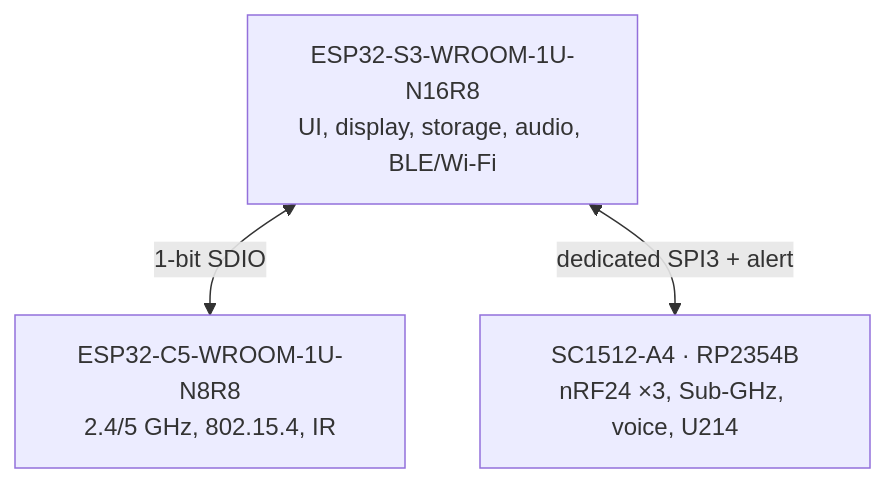
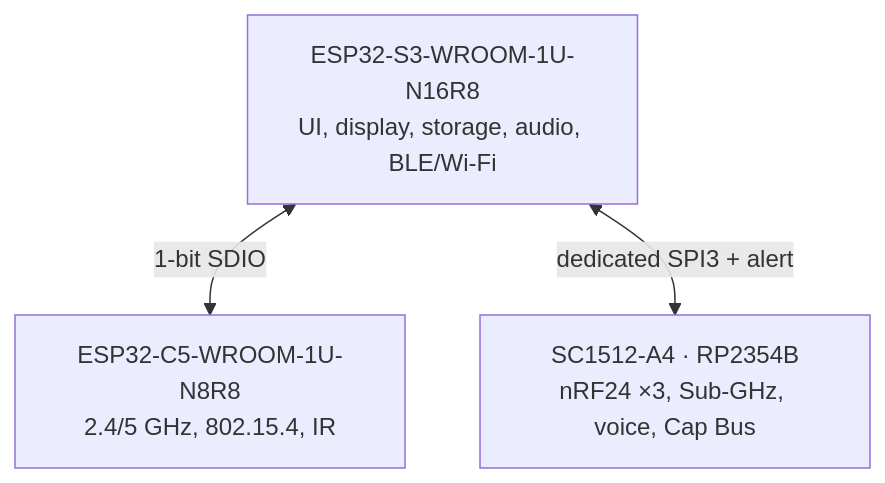
The diagram in docs/hardware.md (anton-vinogradov/esp32-leshy2), drawn with Mermaid before and after one commit. The commit also changed other lines of this file and 23 other files, not shown here.

````diff
--- a/docs/hardware.md
+++ b/docs/hardware.md
@@ -18,8 +18,8 @@
 ```mermaid
 flowchart TB
   S3["ESP32-S3-WROOM-1U-N16R8<br/>UI, display, storage, audio, BLE/Wi-Fi"]
   C5["ESP32-C5-WROOM-1U-N8R8<br/>2.4/5 GHz, 802.15.4, IR"]
-  RP["SC1512-A4 · RP2354B<br/>nRF24 ×3, Sub-GHz, voice, U214"]
+  RP["SC1512-A4 · RP2354B<br/>nRF24 ×3, Sub-GHz, voice, Cap Bus"]
   S3 <-->|"1-bit SDIO"| C5
   S3 <-->|"dedicated SPI3 + alert"| RP
 ```
````
